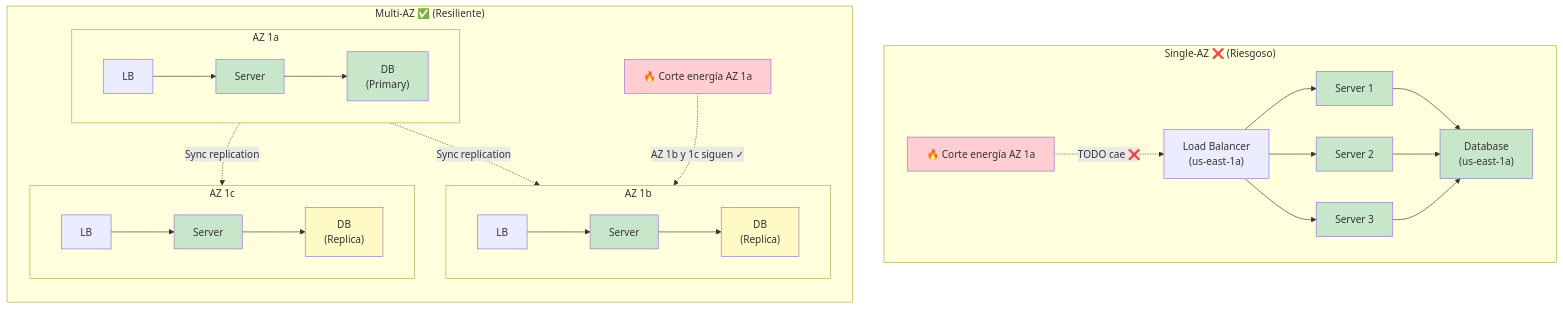
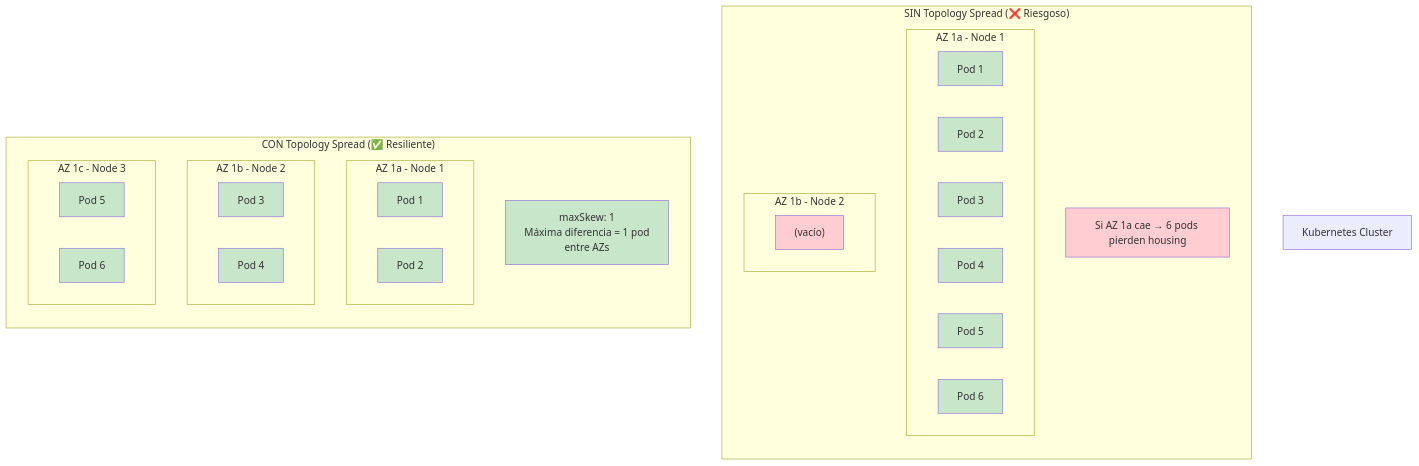
Before and after one commit to ebrenam/itq-high-availability-deployment-architecture: the diagram in Unidad-1-ha-architecture/01-clase/clase-1-3.md, drawn with Mermaid. The commit also changed other lines of this file and 5 other files, not shown here.

Commit message:
feat: Update Unidad 1 documentation with images and remove mermaid diagrams for clarity

````diff
--- a/Unidad-1-ha-architecture/01-clase/clase-1-3.md
+++ b/Unidad-1-ha-architecture/01-clase/clase-1-3.md
@@ -57,67 +107,58 @@
 ```mermaid
 graph TB
-    subgraph "Single-AZ ❌ (Riesgoso)"
-        direction LR
-        LB1["Load Balancer<br/>(us-east-1a)"]
-        DB1["Database<br/>(us-east-1a)"]
-        S1["Server 1"]
-        S2["Server 2"]
-        S3["Server 3"]
+    K8S["Kubernetes Cluster"]
+    
+    subgraph "SIN Topology Spread (❌ Riesgoso)"
+        direction TB
+        subgraph "AZ 1a - Node 1"
+            P1["Pod 1"]
+            P2["Pod 2"]
+            P3["Pod 3"]
+            P4["Pod 4"]
+            P5["Pod 5"]
+            P6["Pod 6"]
+        end
         
-        LB1 --> S1
-        LB1 --> S2
-        LB1 --> S3
-        S1 --> DB1
-        S2 --> DB1
-        S3 --> DB1
+        subgraph "AZ 1b - Node 2"
+            P7["(vacío)"]
+        end
         
-        FALLA1["🔥 Corte energía AZ 1a"]
-        FALLA1 -.->|"TODO cae ❌"| LB1
+        NOTE1["Si AZ 1a cae → 6 pods pierden housing"]
     end
     
-    subgraph "Multi-AZ ✅ (Resiliente)"
+    subgraph "CON Topology Spread (✅ Resiliente)"
         direction TB
-        subgraph "AZ 1a"
-            direction LR
-            LB2a["LB"]
-            S1a["Server"]
-            DB1a["DB\n(Primary)"]
-            LB2a --> S1a --> DB1a
+        subgraph "AZ 1a - Node 1"
+            T1["Pod 1"]
+            T2["Pod 2"]
         end
         
-        subgraph "AZ 1b"
-            direction LR
-            LB2b["LB"]
-            S2a["Server"]
-            DB1b["DB\n(Replica)"]
-            LB2b --> S2a --> DB1b
+        subgraph "AZ 1b - Node 2"
+            T3["Pod 3"]
+            T4["Pod 4"]
         end
         
-        subgraph "AZ 1c"
-            direction LR
-            LB2c["LB"]
-            S3a["Server"]
-            DB1c["DB\n(Replica)"]
-            LB2c --> S3a --> DB1c
+        subgraph "AZ 1c - Node 3"
+            T5["Pod 5"]
+            T6["Pod 6"]
         end
         
-        LB2a -.->|"Sync replication"| DB1b
-        LB2a -.->|"Sync replication"| DB1c
-        
-        FALLA2["🔥 Corte energía AZ 1a"]
-        FALLA2 -.->|"AZ 1b y 1c siguen ✓"| LB2b
+        NOTE2["maxSkew: 1<br/>Máxima diferencia = 1 pod<br/>entre AZs"]
     end
     
-    style S1 fill:#c8e6c9
-    style S2 fill:#c8e6c9
-    style S3 fill:#c8e6c9
-    style S1a fill:#c8e6c9
-    style S2a fill:#c8e6c9
-    style S3a fill:#c8e6c9
-    style DB1 fill:#c8e6c9
-    style DB1a fill:#c8e6c9
-    style DB1b fill:#fff9c4
-    style DB1c fill:#fff9c4
-    style FALLA1 fill:#ffcdd2
-    style FALLA2 fill:#ffcdd2
+    style P1 fill:#c8e6c9
+    style P2 fill:#c8e6c9
+    style P3 fill:#c8e6c9
+    style P4 fill:#c8e6c9
+    style P5 fill:#c8e6c9
+    style P6 fill:#c8e6c9
+    style P7 fill:#ffcdd2
+    style T1 fill:#c8e6c9
+    style T2 fill:#c8e6c9
+    style T3 fill:#c8e6c9
+    style T4 fill:#c8e6c9
+    style T5 fill:#c8e6c9
+    style T6 fill:#c8e6c9
+    style NOTE1 fill:#ffcdd2
+    style NOTE2 fill:#c8e6c9
 ```
````
